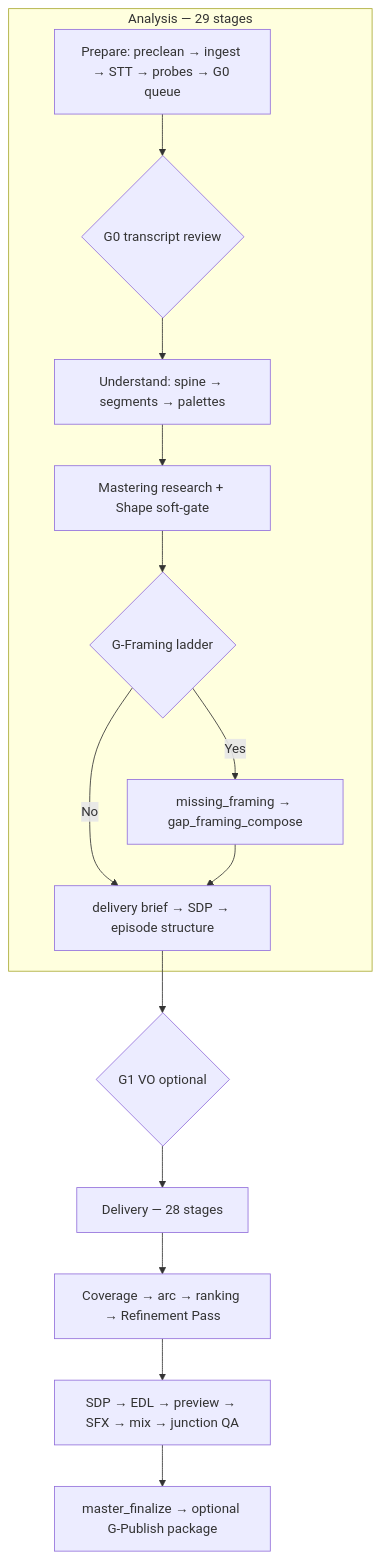
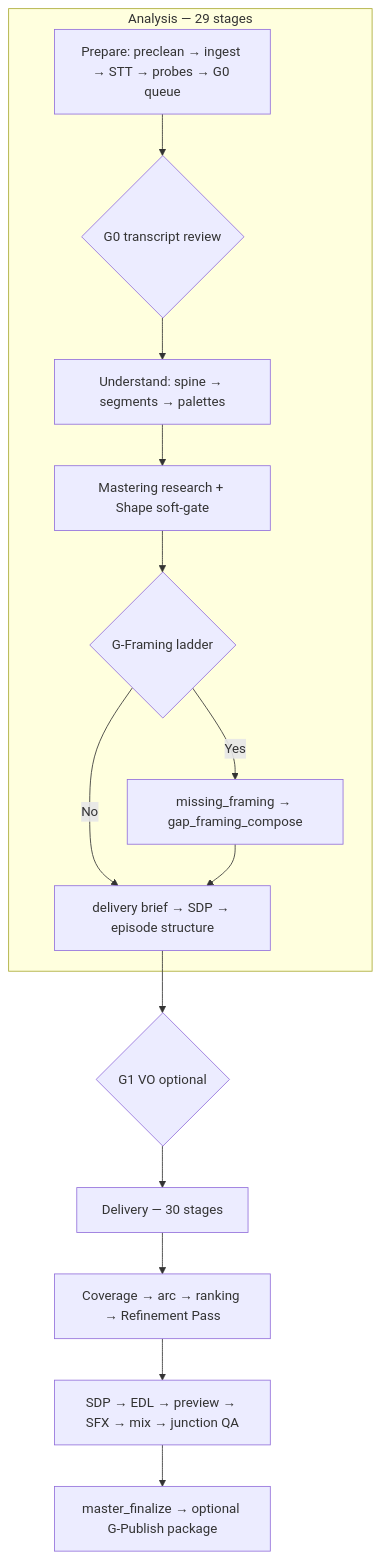
The diagram in docs/pipeline.md (NicketUttarwar/interview_helper_mux), drawn with Mermaid before and after one commit. The commit also changed other lines of this file and 144 other files, not shown here.

````diff
--- a/docs/pipeline.md
+++ b/docs/pipeline.md
@@ -11,18 +11,18 @@
 ```mermaid
 flowchart TB
     subgraph analysis [Analysis — 29 stages]
         A0[Prepare: preclean → ingest → STT → probes → G0 queue]
         A0 --> G0{G0 transcript review}
         G0 --> U[Understand: spine → segments → palettes]
         U --> M[Mastering research + Shape soft-gate]
         M --> GF{G-Framing ladder}
         GF -->|Yes| Gaps[missing_framing → gap_framing_compose]
         GF -->|No| Brief[delivery brief → SDP → episode structure]
         Gaps --> Brief
     end
     Brief --> G1{G1 VO optional}
-    G1 --> Del[Delivery — 28 stages]
+    G1 --> Del[Delivery — 30 stages]
     Del --> Rank[Coverage → arc → ranking → Refinement Pass]
     Rank --> Sound[SDP → EDL → preview → SFX → mix → junction QA]
     Sound --> Ship[master_finalize → optional G-Publish package]
 ```
````
